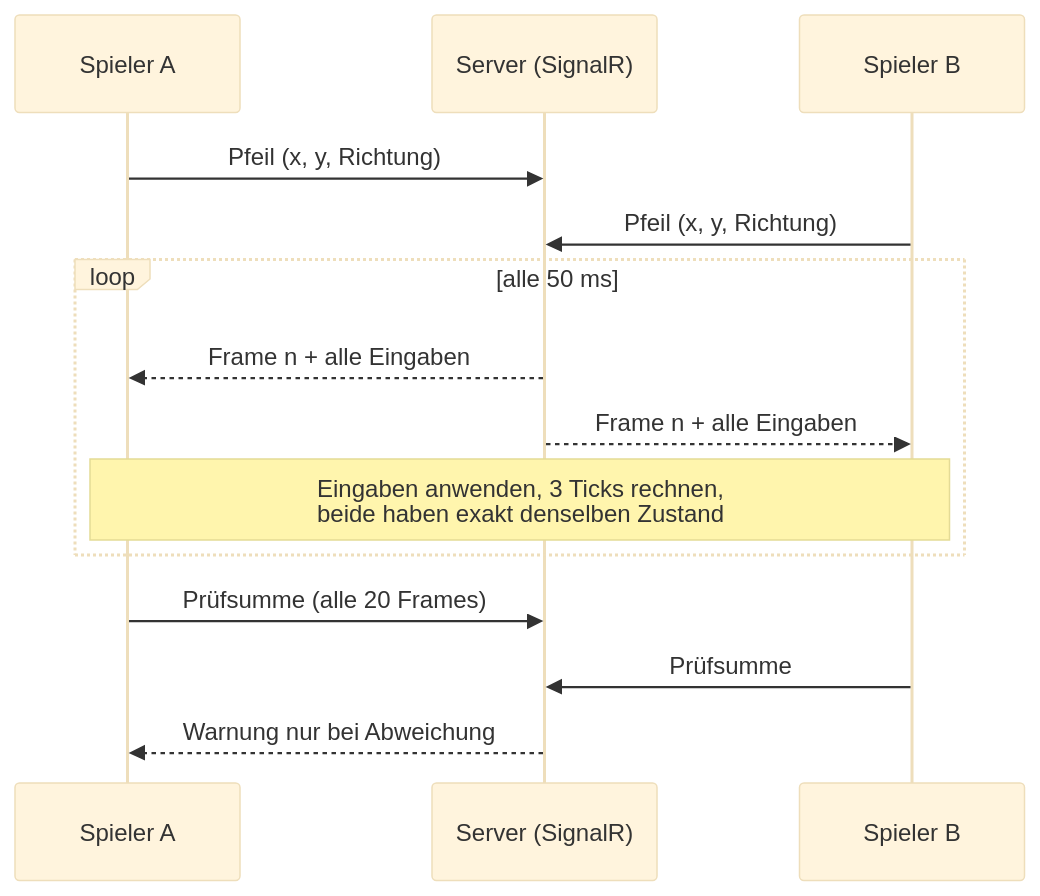
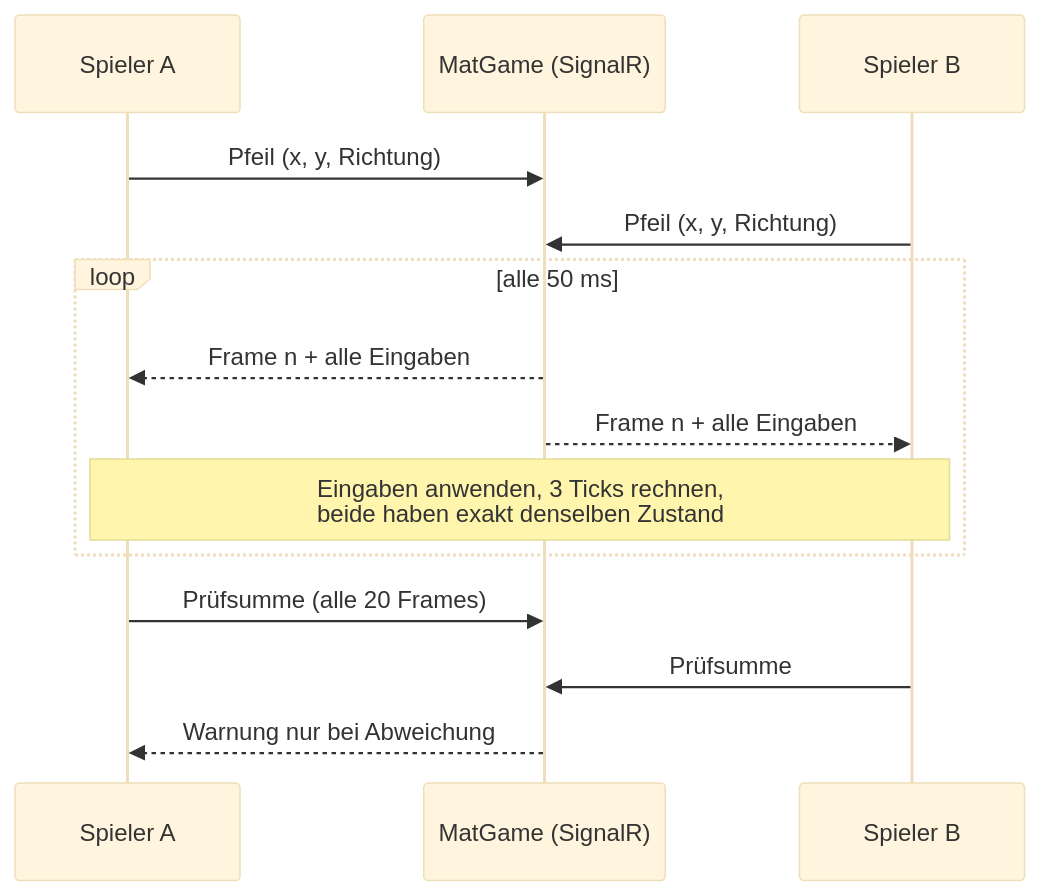
The diagram in README.md (Real-TTX/KingBee), drawn with Mermaid (base theme) before and after one commit. The commit also changed other lines of this file and 43 other files, not shown here.

First line of the commit message:
King Bee als MatGame-Plugin mit Windows-App

````diff
--- a/README.md
+++ b/README.md
@@ -141,16 +146,16 @@
 ```mermaid
 sequenceDiagram
     participant A as Spieler A
-    participant S as Server (SignalR)
+    participant S as MatGame (SignalR)
     participant B as Spieler B
     A->>S: Pfeil (x, y, Richtung)
     B->>S: Pfeil (x, y, Richtung)
     loop alle 50 ms
         S-->>A: Frame n + alle Eingaben
         S-->>B: Frame n + alle Eingaben
         Note over A,B: Eingaben anwenden, 3 Ticks rechnen,<br/>beide haben exakt denselben Zustand
     end
     A->>S: Prüfsumme (alle 20 Frames)
     B->>S: Prüfsumme
     S-->>A: Warnung nur bei Abweichung
 ```
````
